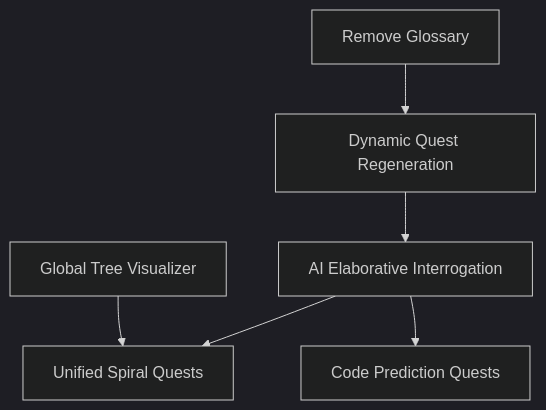
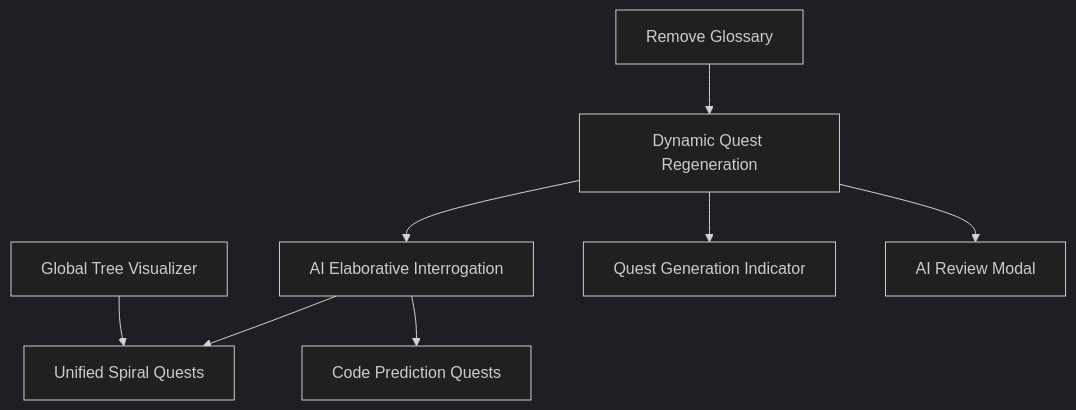
One commit to gocklkatz/cos-quest-master changed the diagram in design/phase3/phase3_main.md. Above: the diagram before and after it, drawn with Mermaid (dark theme). The commit also changed other lines of this file and 3 other files, not shown here.

````diff
--- a/design/phase3/phase3_main.md
+++ b/design/phase3/phase3_main.md
@@ -58,8 +62,10 @@
 ```mermaid
 graph TD
     C1[Remove Glossary] --> F1[Dynamic Quest Regeneration]
     F1 --> F2[AI Elaborative Interrogation]
     F2 --> F5[Unified Spiral Quests]
     F2 --> F6[Code Prediction Quests]
     F4[Global Tree Visualizer] --> F5
+    F1 --> F9[Quest Generation Indicator]
+    F1 --> F10[AI Review Modal]
 ```
````
